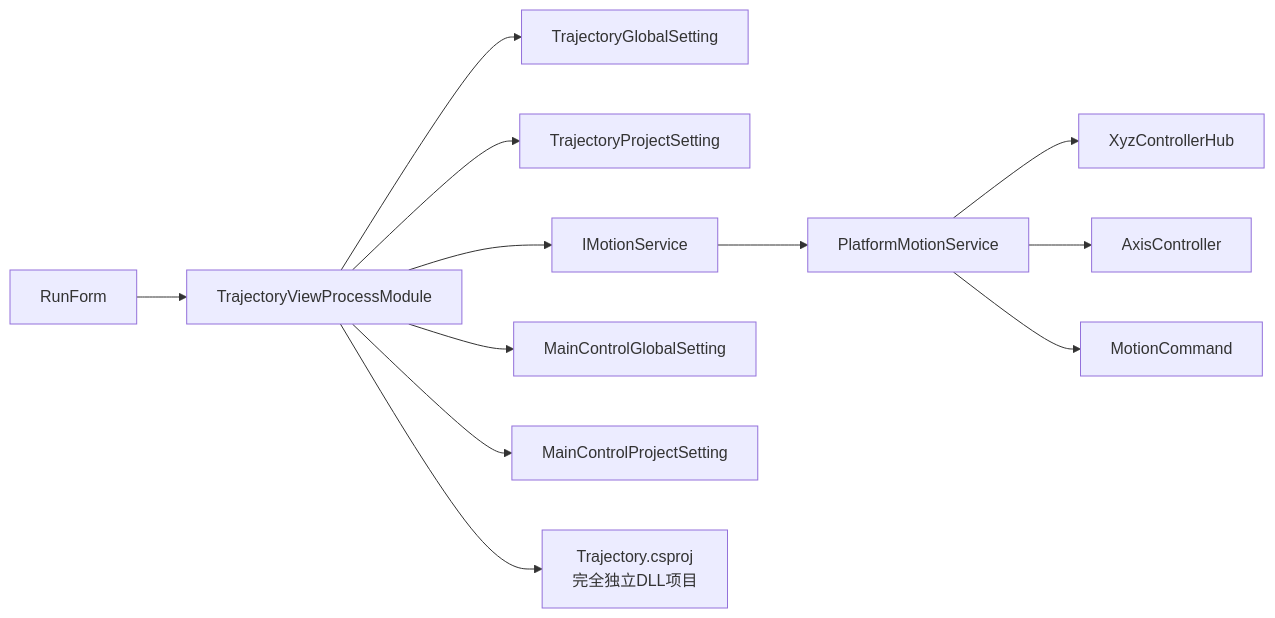
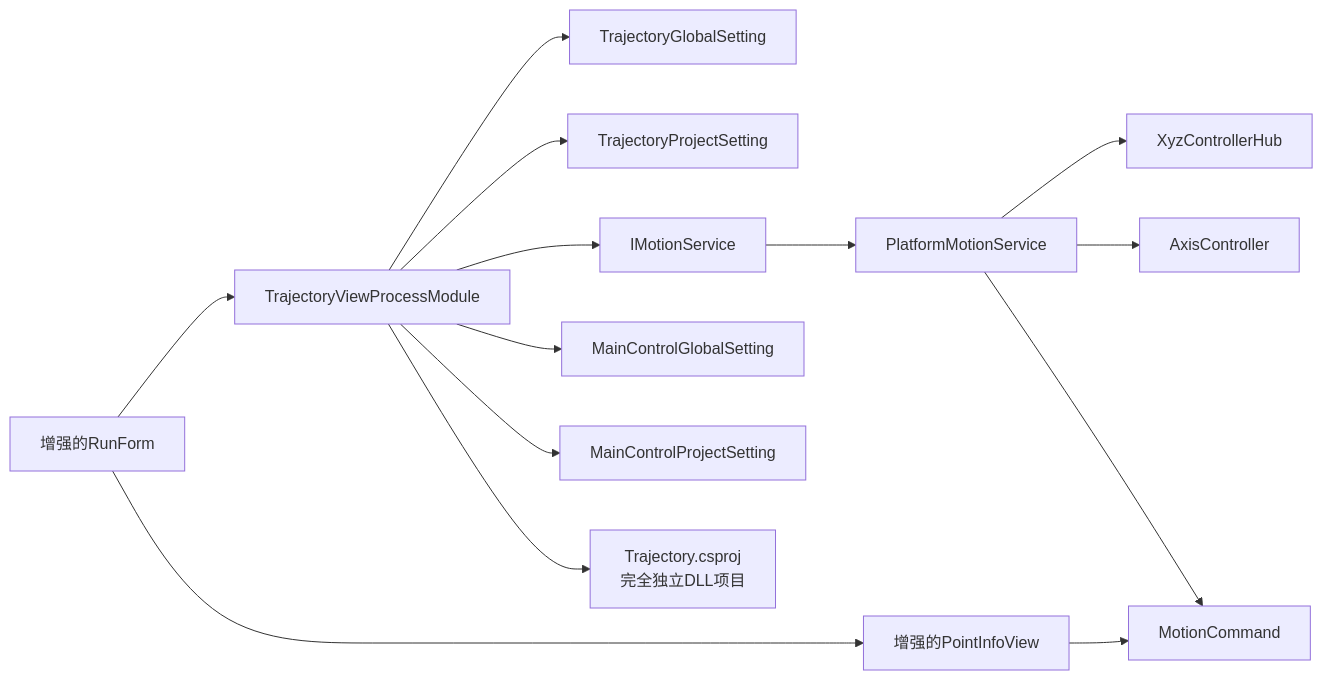
Before and after one commit to fuweiq94-cloud/339918076: diagram 11 of 11 in .qoder/repowiki/zh/content/核心功能模块/轨迹规划模块 (Trajectory).md, drawn with Mermaid. The commit also changed other lines of this file and 75 other files, not shown here.

````diff
--- a/.qoder/repowiki/zh/content/核心功能模块/轨迹规划模块 (Trajectory).md
+++ b/.qoder/repowiki/zh/content/核心功能模块/轨迹规划模块 (Trajectory).md
@@ -446,14 +526,16 @@
 ```mermaid
 graph LR
-RF["RunForm"] --> TPM["TrajectoryViewProcessModule"]
+RF["增强的RunForm"] --> TPM["TrajectoryViewProcessModule"]
+RF --> PV["增强的PointInfoView"]
 TPM --> TGS["TrajectoryGlobalSetting"]
 TPM --> TPS["TrajectoryProjectSetting"]
 TPM --> IMS["IMotionService"]
 IMS --> PMS["PlatformMotionService"]
 PMS --> XYZ["XyzControllerHub"]
 PMS --> AX["AxisController"]
 PMS --> MC["MotionCommand"]
 TPM --> MGS["MainControlGlobalSetting"]
 TPM --> MPS["MainControlProjectSetting"]
 TPM --> PROJ["Trajectory.csproj<br/>完全独立DLL项目"]
+PV --> MC["MotionCommand"]
 ```
````
